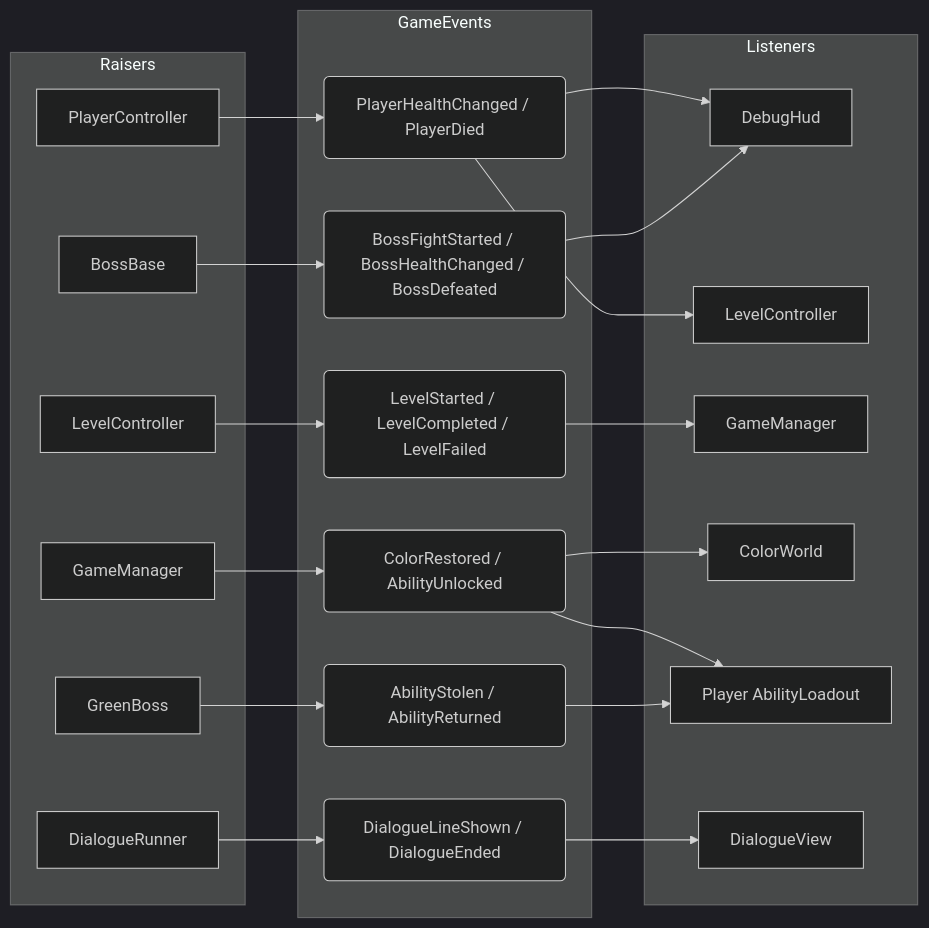
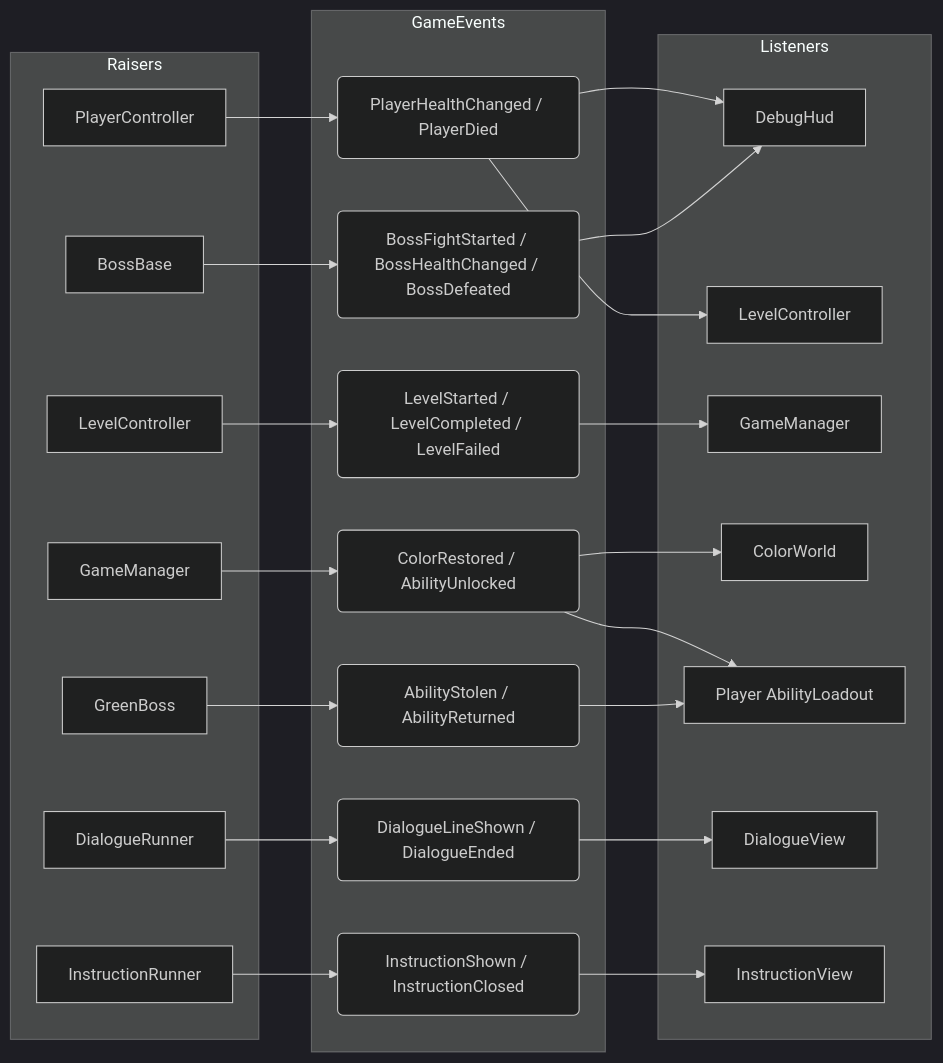
Before and after one commit to Waldron-Wang/Roygbiv_GameJam: the second of 3 diagrams in ARCHITECTURE.md, drawn with Mermaid (dark theme). The commit also changed other lines of this file and 1 other file, not shown here.

Commit message:
Document instruction cards in the architecture and developer guides

````diff
--- a/ARCHITECTURE.md
+++ b/ARCHITECTURE.md
@@ -105,35 +108,39 @@
 ```mermaid
 flowchart LR
     subgraph Raisers
         PC[PlayerController]
         BB[BossBase]
         LC[LevelController]
         GMr[GameManager]
         GB[GreenBoss]
         DRr[DialogueRunner]
+        INr[InstructionRunner]
     end
     subgraph Events[GameEvents]
         E1(PlayerHealthChanged / PlayerDied)
         E2(BossFightStarted / BossHealthChanged / BossDefeated)
         E3(LevelStarted / LevelCompleted / LevelFailed)
         E4(ColorRestored / AbilityUnlocked)
         E5(AbilityStolen / AbilityReturned)
         E6(DialogueLineShown / DialogueEnded)
+        E7(InstructionShown / InstructionClosed)
     end
     subgraph Listeners
         HUD[DebugHud]
         LCl[LevelController]
         GMl[GameManager]
         CW[ColorWorld]
         AL[Player AbilityLoadout]
         DV[DialogueView]
+        IV[InstructionView]
     end
     PC --> E1 --> HUD
     E1 --> LCl
     BB --> E2 --> HUD
     LC --> E3 --> GMl
     GMr --> E4 --> CW
     E4 --> AL
     GB --> E5 --> AL
     DRr --> E6 --> DV
+    INr --> E7 --> IV
 ```
````
